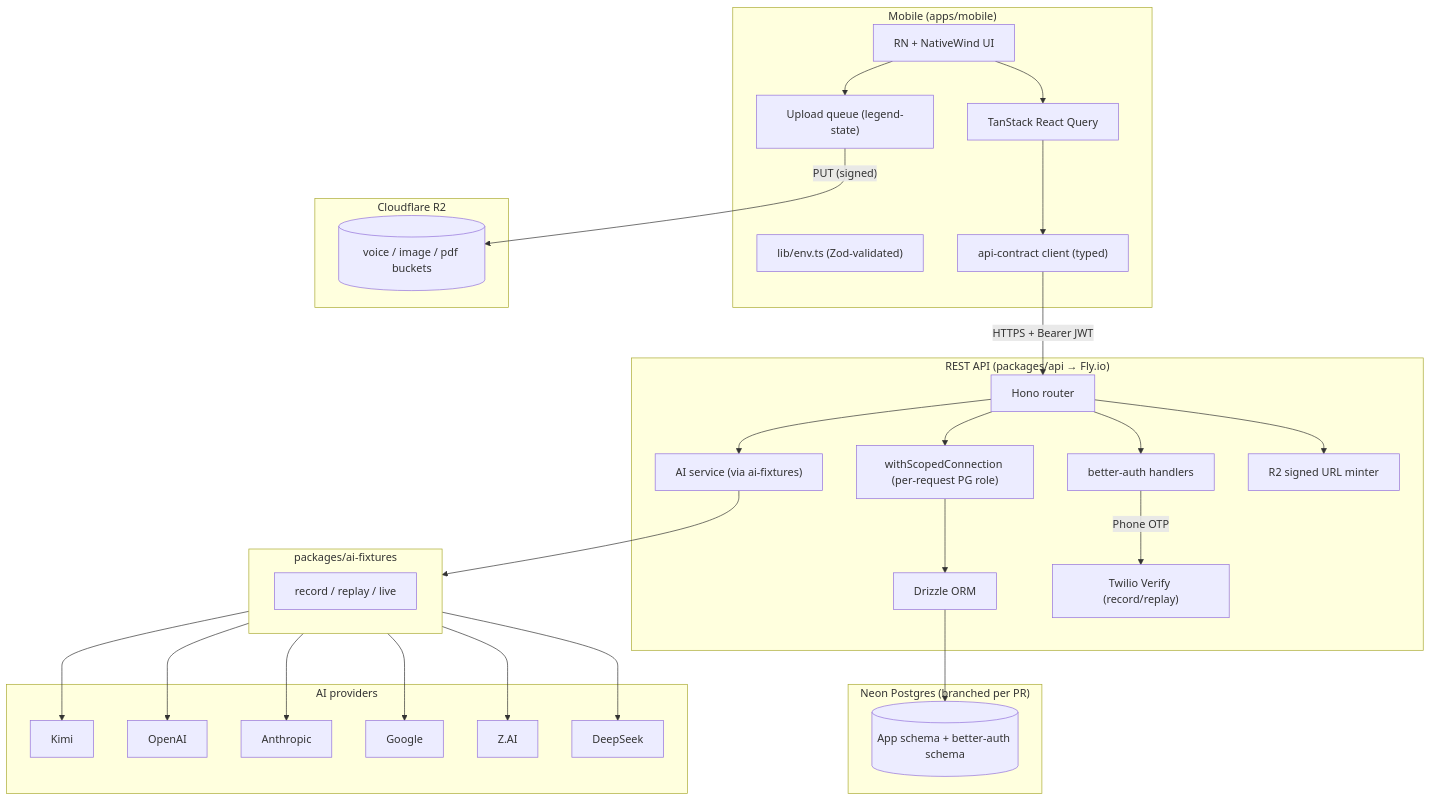
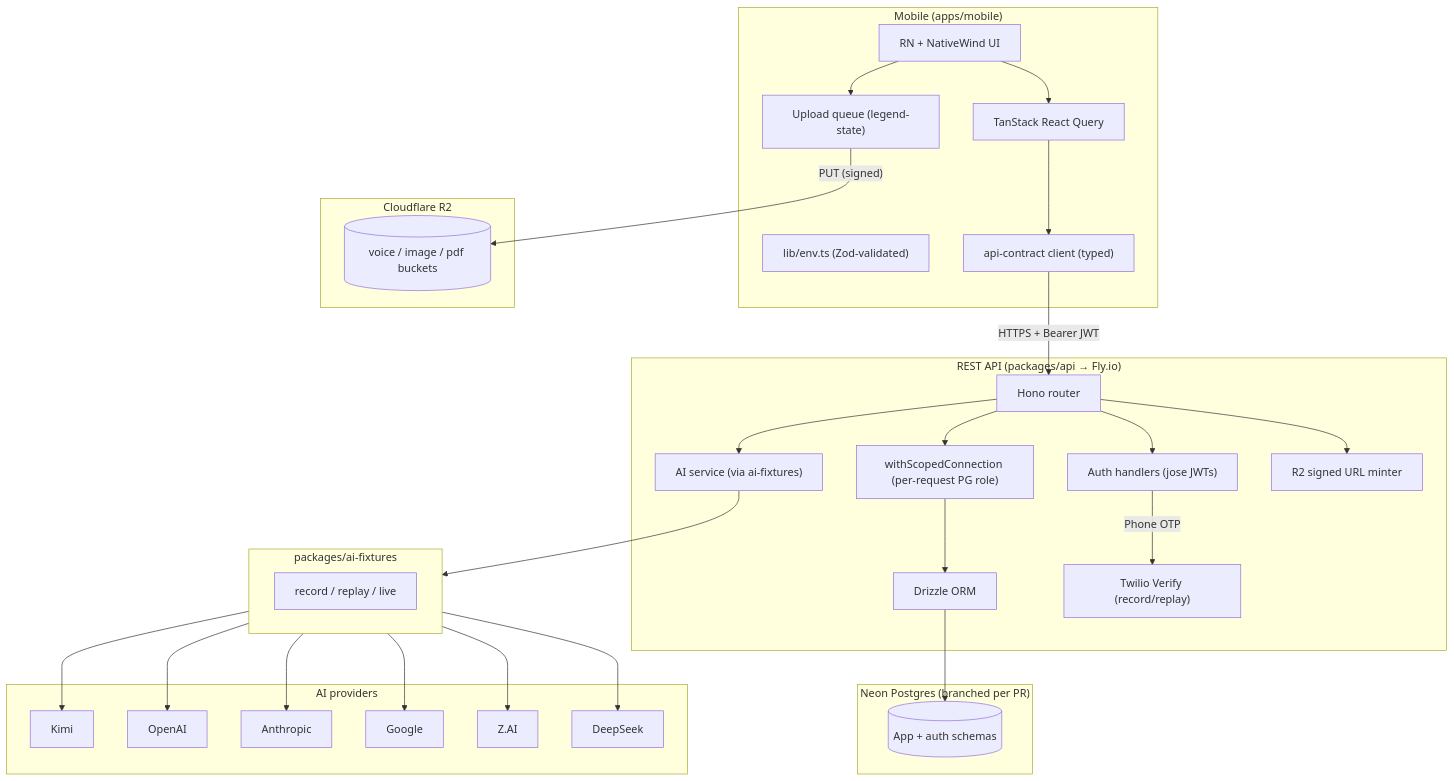
One commit to patrickchin/harpa-pro changed the diagram in docs/v4/architecture.md. Above: the diagram before and after it, drawn with Mermaid. The commit also changed other lines of this file and 7 other files, not shown here.

First line of the commit message:
docs: correct auth stack description (no better-auth) and document test-account password bypass

````diff
--- a/docs/v4/architecture.md
+++ b/docs/v4/architecture.md
@@ -24,51 +24,51 @@
 ```mermaid
 flowchart TB
     subgraph Mobile["Mobile (apps/mobile)"]
         UI["RN + NativeWind UI"]
         RQ["TanStack React Query"]
         QUEUE["Upload queue (legend-state)"]
         ENV["lib/env.ts (Zod-validated)"]
         APIC["api-contract client (typed)"]
     end
 
     subgraph API["REST API (packages/api → Fly.io)"]
         HONO["Hono router"]
         SCOPE["withScopedConnection (per-request PG role)"]
-        BA["better-auth handlers"]
+        BA["Auth handlers (jose JWTs)"]
         DRIZZLE["Drizzle ORM"]
         AISVC["AI service (via ai-fixtures)"]
         OTP["Twilio Verify (record/replay)"]
         R2SIGN["R2 signed URL minter"]
     end
 
     subgraph Neon["Neon Postgres (branched per PR)"]
-        PG[("App schema + better-auth schema")]
+        PG[("App + auth schemas")]
     end
 
     subgraph R2["Cloudflare R2"]
         FILES[("voice / image / pdf buckets")]
     end
 
     subgraph AI["AI providers"]
         K[Kimi]
         OAI[OpenAI]
         ANT[Anthropic]
         G[Google]
         ZAI[Z.AI]
         DS[DeepSeek]
     end
 
     subgraph FIX["packages/ai-fixtures"]
         REC["record / replay / live"]
     end
 
     UI --> RQ --> APIC
     UI --> QUEUE
     APIC -- "HTTPS + Bearer JWT" --> HONO
     QUEUE -- "PUT (signed)" --> FILES
     HONO --> BA
     HONO --> SCOPE --> DRIZZLE --> PG
     HONO --> AISVC --> FIX --> K & OAI & ANT & G & ZAI & DS
     HONO --> R2SIGN
     BA -- "Phone OTP" --> OTP
 ```
````
